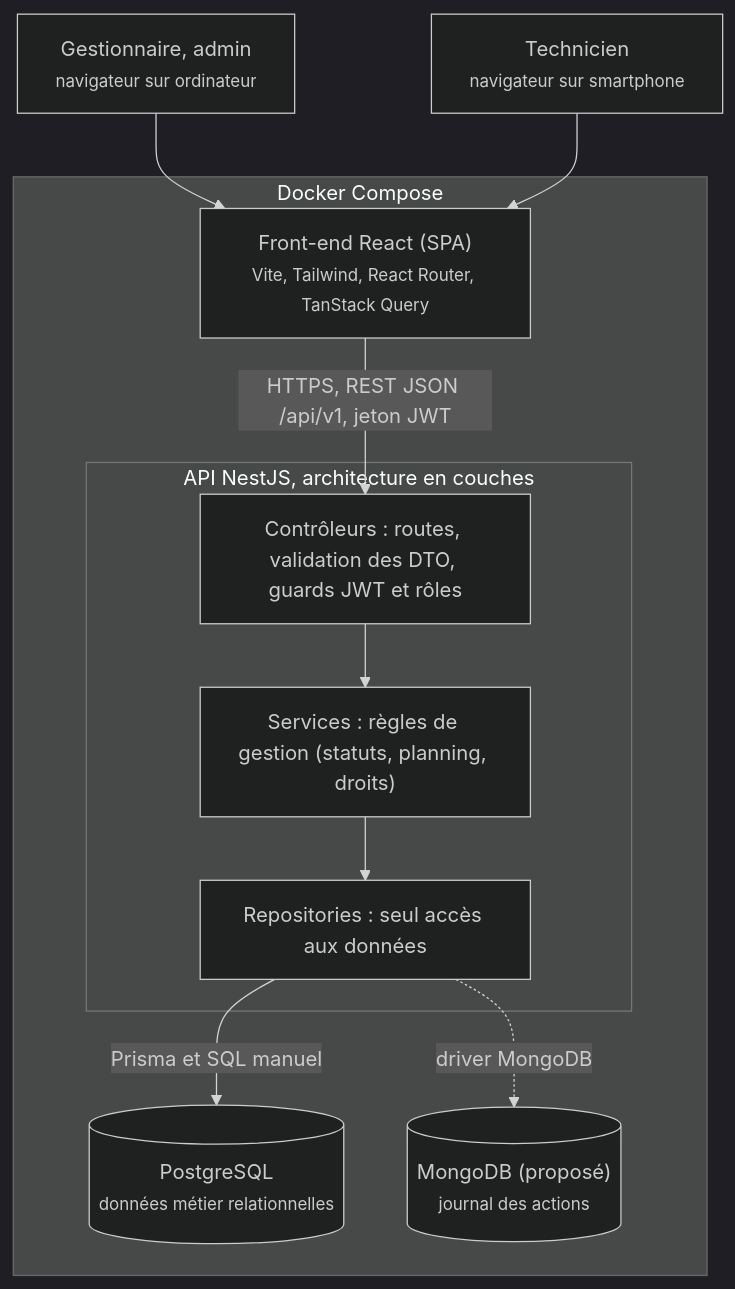
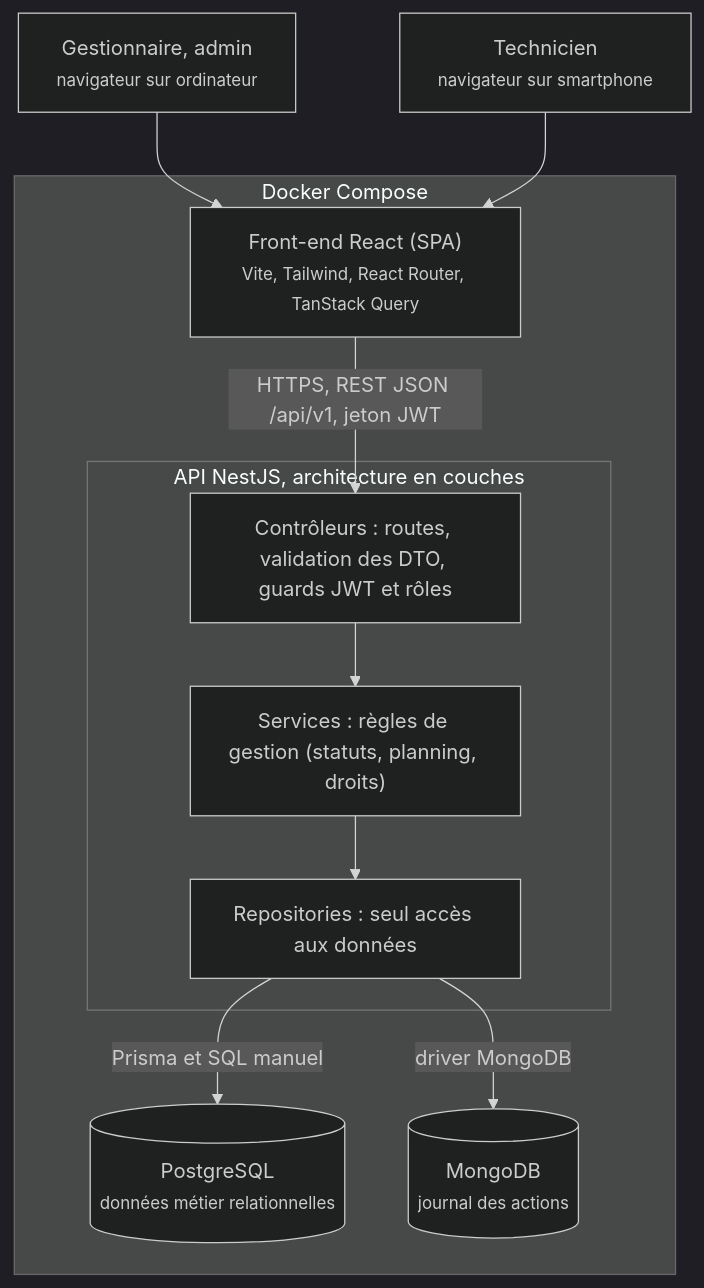
Before and after one commit to Falkor555/plumbly-msp2: the second of 2 diagrams in docs/cahier-des-charges.md, drawn with Mermaid (dark theme). The commit also changed other lines of this file, not shown here.

Commit message:
docs: corriger et finaliser le cahier des charges Plumbly

````diff
--- a/docs/cahier-des-charges.md
+++ b/docs/cahier-des-charges.md
@@ -338,24 +346,23 @@
 ```mermaid
 flowchart TB
     G["Gestionnaire, admin<br/><small>navigateur sur ordinateur</small>"]
     T["Technicien<br/><small>navigateur sur smartphone</small>"]
 
     subgraph DC["Docker Compose"]
         F["Front-end React (SPA)<br/><small>Vite, Tailwind, React Router, TanStack Query</small>"]
         subgraph API["API NestJS, architecture en couches"]
             C["Contrôleurs : routes, validation des DTO, guards JWT et rôles"]
             S["Services : règles de gestion (statuts, planning, droits)"]
             R["Repositories : seul accès aux données"]
             C --> S --> R
         end
         PG[("PostgreSQL<br/><small>données métier relationnelles</small>")]
-        MG[("MongoDB (proposé)<br/><small>journal des actions</small>")]
+        MG[("MongoDB<br/><small>journal des actions</small>")]
     end
-
 
     G --> F
     T --> F
     F -- "HTTPS, REST JSON /api/v1, jeton JWT" --> C
     R -- "Prisma et SQL manuel" --> PG
-    R -. "driver MongoDB" .-> MG
+    R -- "driver MongoDB" --> MG
 ```
````
